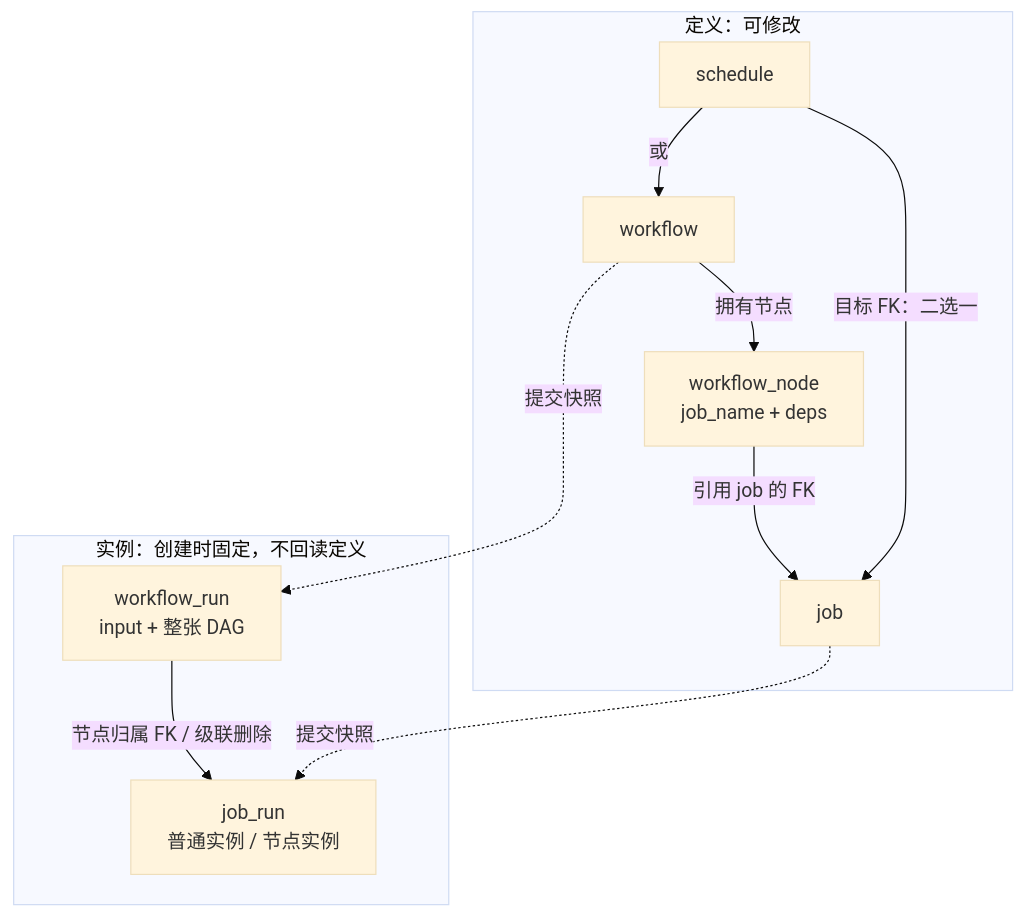
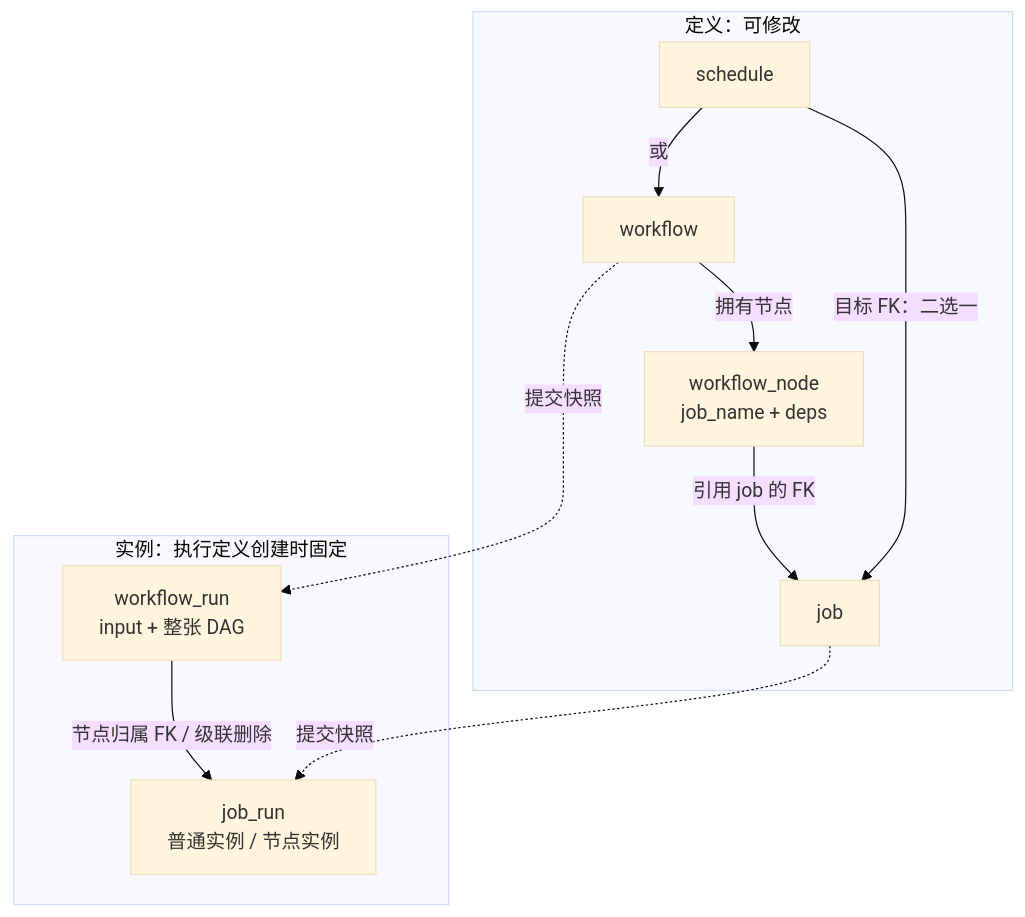
One commit to mbeoliero/skein changed the second of 18 diagrams in docs/design.md. Above: the diagram before and after it, drawn with Mermaid (base theme). The commit also changed other lines of this file and 77 other files, not shown here.

````diff
--- a/docs/design.md
+++ b/docs/design.md
@@ -55,20 +53,20 @@
 ```mermaid
 flowchart TB
     subgraph D["定义：可修改"]
         S["schedule"]
         J["job"]
         W["workflow"]
         N["workflow_node<br/>job_name + deps"]
         S -->|目标 FK：二选一| J
         S -->|或| W
         W -->|拥有节点| N
         N -->|引用 job 的 FK| J
     end
-    subgraph R["实例：创建时固定，不回读定义"]
+    subgraph R["实例：执行定义创建时固定"]
         WR["workflow_run<br/>input + 整张 DAG"]
         JR["job_run<br/>普通实例 / 节点实例"]
         WR -->|节点归属 FK / 级联删除| JR
     end
     J -.->|提交快照| JR
     W -.->|提交快照| WR
 ```
````
